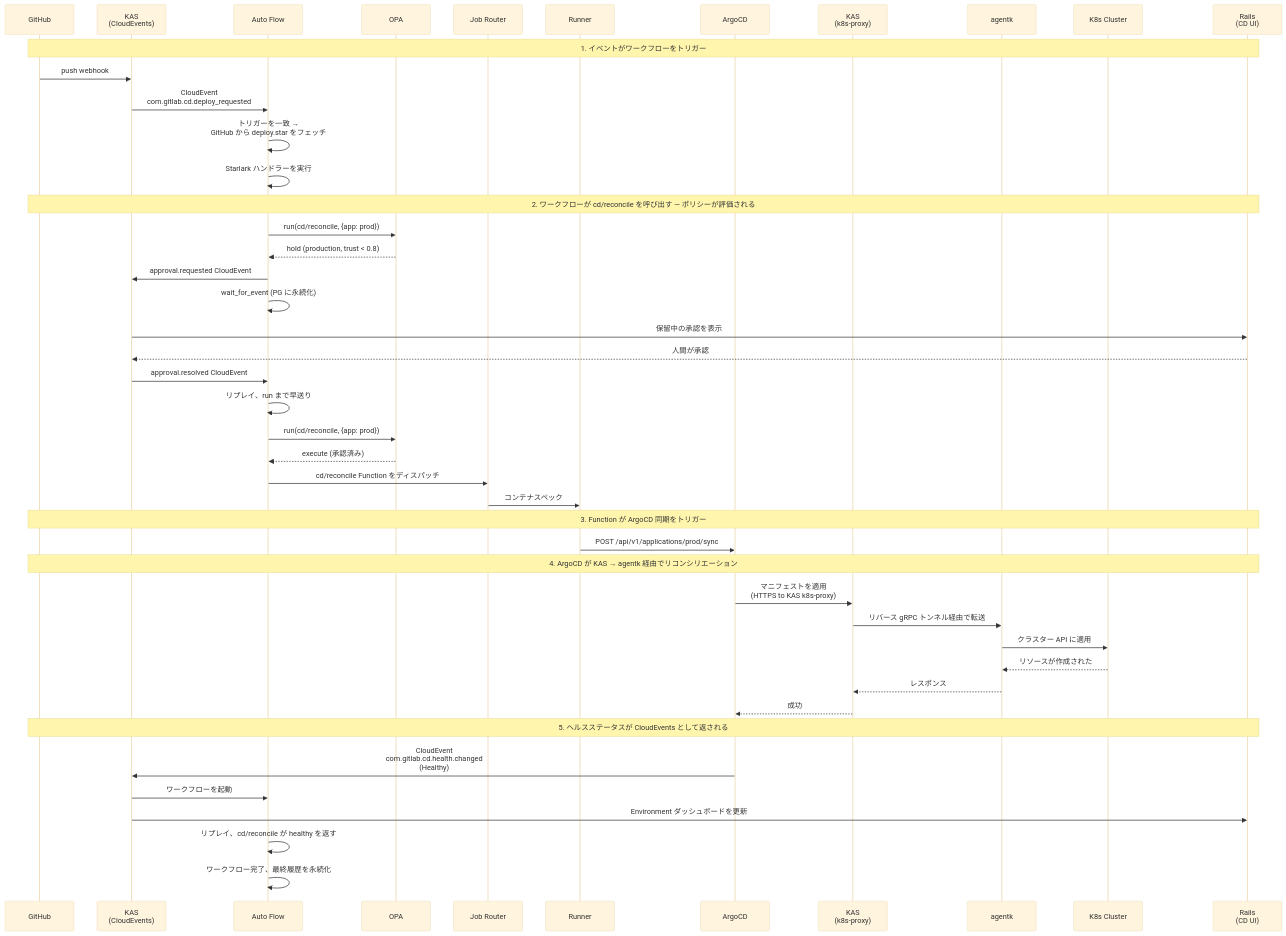
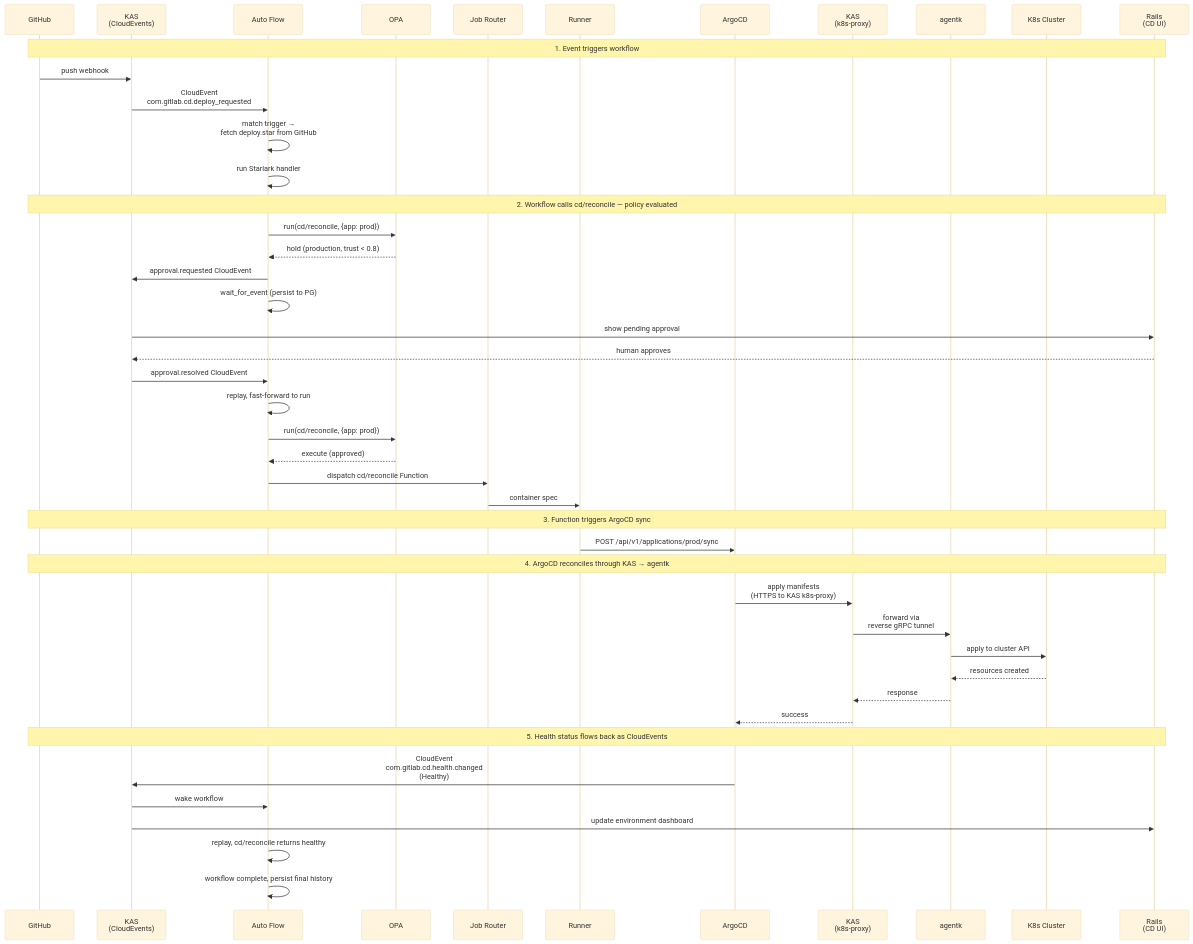
The diagram in content/handbook/engineering/architecture/design-documents/gitlab_cd/_index.md (kyama0/gitlab-handbook-ja), drawn with Mermaid (base theme) before and after one commit. The commit also changed other lines of this file and 3 other files, not shown here.

````diff
--- a/content/handbook/engineering/architecture/design-documents/gitlab_cd/_index.md
+++ b/content/handbook/engineering/architecture/design-documents/gitlab_cd/_index.md
@@ -204,59 +203,59 @@
 ```mermaid
 sequenceDiagram
     participant GH as GitHub
     participant KAS as KAS<br/>(CloudEvents)
     participant AF as Auto Flow
     participant OPA as OPA
     participant JR as Job Router
     participant R as Runner
     participant Argo as ArgoCD
     participant KP as KAS<br/>(k8s-proxy)
     participant AK as agentk
     participant K8s as K8s Cluster
     participant Rails as Rails<br/>(CD UI)
 
-    Note over GH,Rails: 1. イベントがワークフローをトリガー
+    Note over GH,Rails: 1. Event triggers workflow
 
     GH->>KAS: push webhook
     KAS->>AF: CloudEvent<br/>com.gitlab.cd.deploy_requested
-    AF->>AF: トリガーを一致 →<br/>GitHub から deploy.star をフェッチ
-    AF->>AF: Starlark ハンドラーを実行
+    AF->>AF: match trigger →<br/>fetch deploy.star from GitHub
+    AF->>AF: run Starlark handler
 
-    Note over GH,Rails: 2. ワークフローが cd/reconcile を呼び出す — ポリシーが評価される
+    Note over GH,Rails: 2. Workflow calls cd/reconcile — policy evaluated
 
     AF->>OPA: run(cd/reconcile, {app: prod})
     OPA-->>AF: hold (production, trust < 0.8)
     AF->>KAS: approval.requested CloudEvent
-    AF->>AF: wait_for_event (PG に永続化)
+    AF->>AF: wait_for_event (persist to PG)
 
-    KAS->>Rails: 保留中の承認を表示
-    Rails-->>KAS: 人間が承認
+    KAS->>Rails: show pending approval
+    Rails-->>KAS: human approves
     KAS->>AF: approval.resolved CloudEvent
-    AF->>AF: リプレイ、run まで早送り
+    AF->>AF: replay, fast-forward to run
 
     AF->>OPA: run(cd/reconcile, {app: prod})
-    OPA-->>AF: execute (承認済み)
-    AF->>JR: cd/reconcile Function をディスパッチ
-    JR->>R: コンテナスペック
+    OPA-->>AF: execute (approved)
+    AF->>JR: dispatch cd/reconcile Function
+    JR->>R: container spec
 
-    Note over GH,Rails: 3. Function が ArgoCD 同期をトリガー
+    Note over GH,Rails: 3. Function triggers ArgoCD sync
 
     R->>Argo: POST /api/v1/applications/prod/sync
 
-    Note over GH,Rails: 4. ArgoCD が KAS → agentk 経由でリコンシリエーション
+    Note over GH,Rails: 4. ArgoCD reconciles through KAS → agentk
 
-    Argo->>KP: マニフェストを適用<br/>(HTTPS to KAS k8s-proxy)
-    KP->>AK: リバース gRPC トンネル経由で転送
-    AK->>K8s: クラスター API に適用
-    K8s-->>AK: リソースが作成された
-    AK-->>KP: レスポンス
-    KP-->>Argo: 成功
+    Argo->>KP: apply manifests<br/>(HTTPS to KAS k8s-proxy)
+    KP->>AK: forward via<br/>reverse gRPC tunnel
+    AK->>K8s: apply to cluster API
+    K8s-->>AK: resources created
+    AK-->>KP: response
+    KP-->>Argo: success
 
-    Note over GH,Rails: 5. ヘルスステータスが CloudEvents として返される
+    Note over GH,Rails: 5. Health status flows back as CloudEvents
 
     Argo->>KAS: CloudEvent<br/>com.gitlab.cd.health.changed<br/>(Healthy)
-    KAS->>AF: ワークフローを起動
-    KAS->>Rails: Environment ダッシュボードを更新
-    AF->>AF: リプレイ、cd/reconcile が healthy を返す
-    AF->>AF: ワークフロー完了、最終履歴を永続化
+    KAS->>AF: wake workflow
+    KAS->>Rails: update environment dashboard
+    AF->>AF: replay, cd/reconcile returns healthy
+    AF->>AF: workflow complete, persist final history
 ```
````
